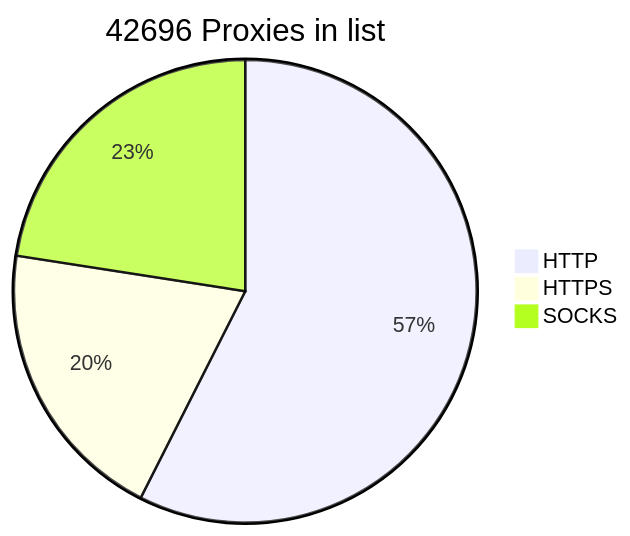
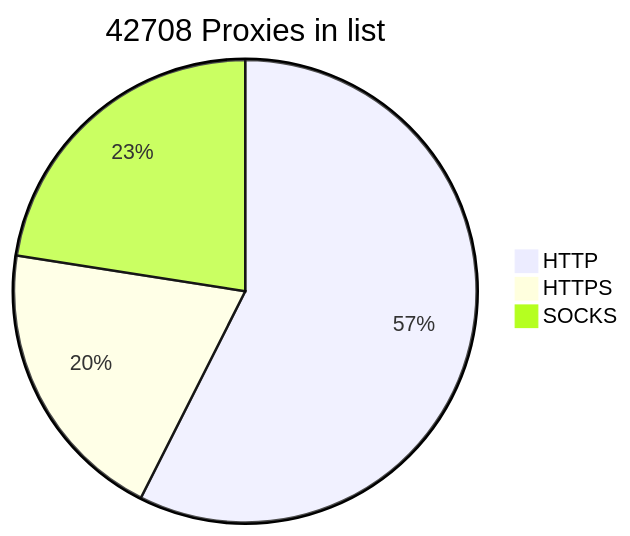
The diagram in README.md (BlackSnowDot/proxylist-update-every-minute), drawn with Mermaid before and after one commit.

````diff
--- a/README.md
+++ b/README.md
@@ -2,6 +2,6 @@
 ```mermaid
-pie title 42696 Proxies in list
-    "HTTP" : 28267
-    "HTTPS": 9843
-    "SOCKS" : 11088
+pie title 42708 Proxies in list
+    "HTTP" : 28270
+    "HTTPS": 9857
+    "SOCKS" : 11089
 ```
````
